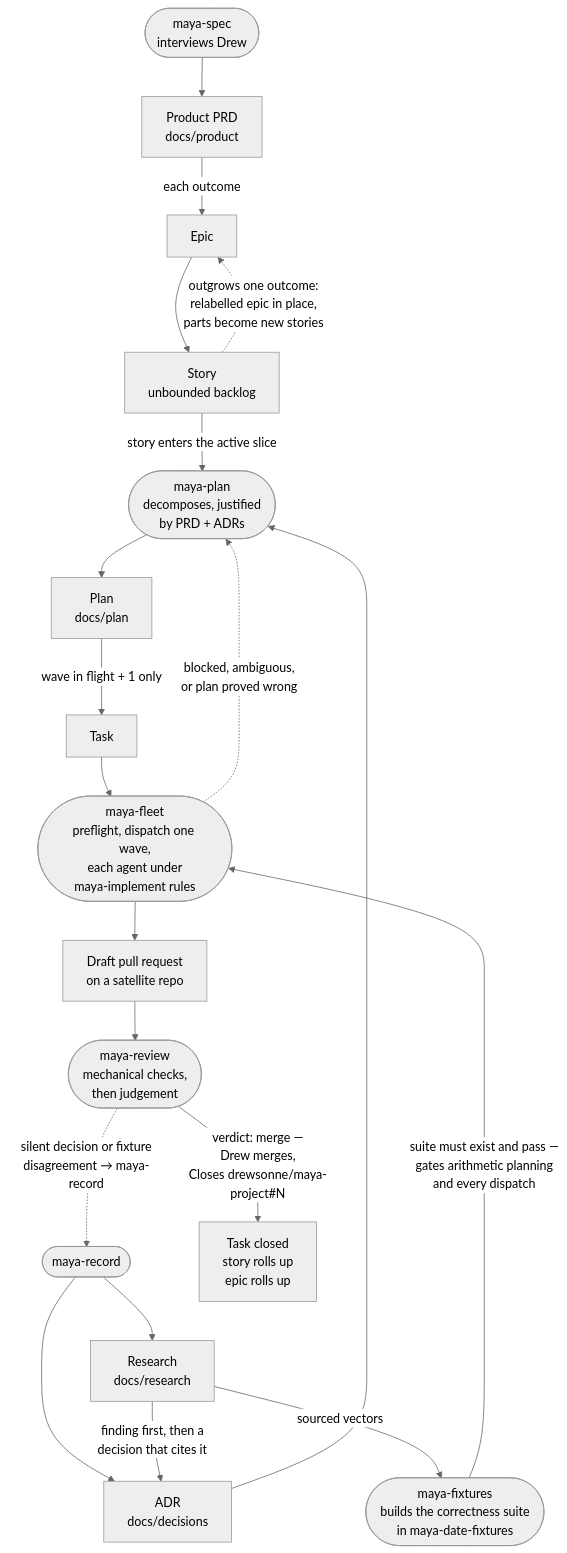
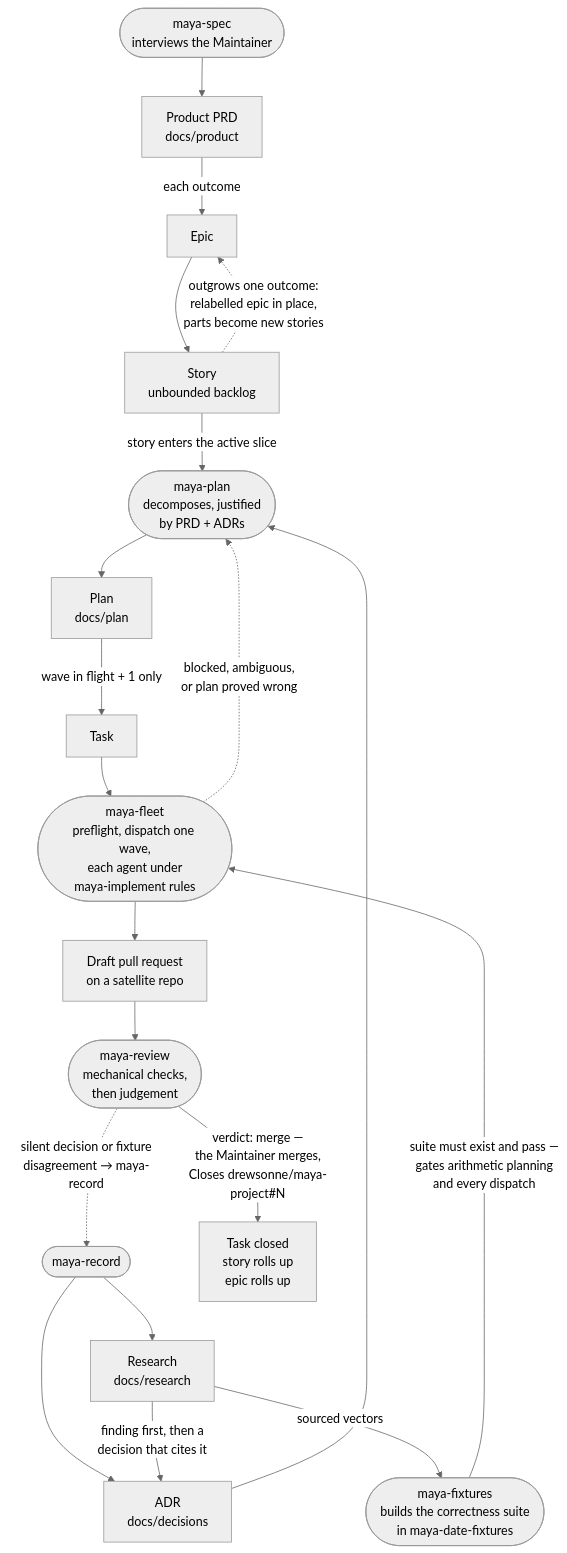
One commit to drewsonne/maya-project changed the diagram in README.md. Above: the diagram before and after it, drawn with Mermaid (neutral theme). The commit also changed other lines of this file and 11 other files, not shown here.

````diff
--- a/README.md
+++ b/README.md
@@ -37,22 +37,22 @@
 ```mermaid
 flowchart TD
-    SPEC([maya-spec<br/>interviews Drew]) --> P[Product PRD<br/>docs/product]
+    SPEC([maya-spec<br/>interviews the Maintainer]) --> P[Product PRD<br/>docs/product]
     REC([maya-record]) --> R[Research<br/>docs/research]
     REC --> A[ADR<br/>docs/decisions]
     R -->|"finding first, then a<br/>decision that cites it"| A
     P -->|each outcome| E[Epic]
     E --> ST[Story<br/>unbounded backlog]
     ST -->|story enters the active slice| PLAN([maya-plan<br/>decomposes, justified<br/>by PRD + ADRs])
     A --> PLAN
     PLAN --> PL[Plan<br/>docs/plan]
     PL -->|"wave in flight + 1 only"| T[Task]
     R -->|sourced vectors| FIX([maya-fixtures<br/>builds the correctness suite<br/>in maya-date-fixtures])
     FIX -->|"suite must exist and pass —<br/>gates arithmetic planning<br/>and every dispatch"| FLEET
     T --> FLEET([maya-fleet<br/>preflight, dispatch one wave,<br/>each agent under<br/>maya-implement rules])
     FLEET --> PR[Draft pull request<br/>on a satellite repo]
     PR --> REV([maya-review<br/>mechanical checks,<br/>then judgement])
-    REV -->|"verdict: merge —<br/>Drew merges,<br/>Closes drewsonne/maya-project#N"| DONE[Task closed<br/>story rolls up<br/>epic rolls up]
+    REV -->|"verdict: merge —<br/>the Maintainer merges,<br/>Closes drewsonne/maya-project#N"| DONE[Task closed<br/>story rolls up<br/>epic rolls up]
     ST -.->|"outgrows one outcome:<br/>relabelled epic in place,<br/>parts become new stories"| E
     REV -.->|"silent decision or fixture<br/>disagreement → maya-record"| REC
     FLEET -.->|"blocked, ambiguous,<br/>or plan proved wrong"| PLAN
 ```
````
